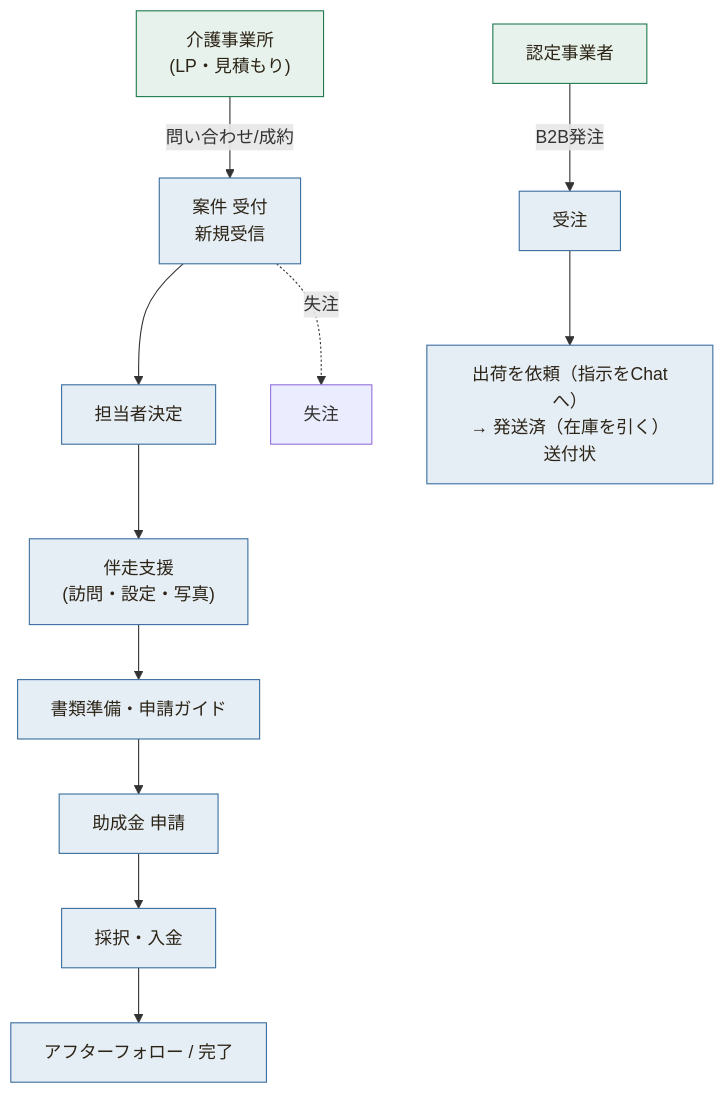
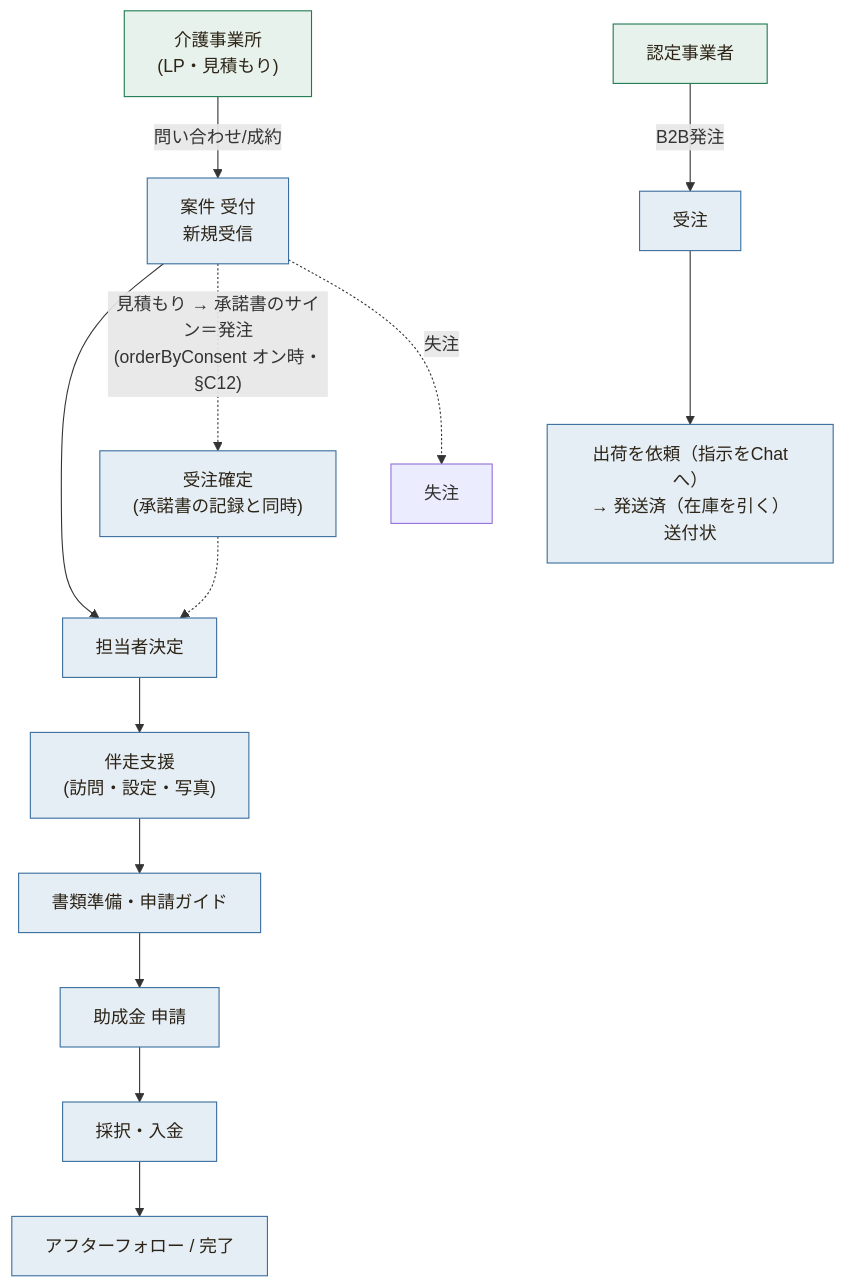
Before and after one commit to npo-tadakayo/kjk-tadakayo: the third of 8 diagrams in ENGINEERING_NOTES.md, drawn with Mermaid. The commit also changed other lines of this file and 21 other files, not shown here.

First line of the commit message:
見積もり必須・承諾書のサイン＝発注 第1段（サーバーの核・紙の承諾書の道・管理画面。スイッチ orderByConsent は既定オフ）

````diff
--- a/ENGINEERING_NOTES.md
+++ b/ENGINEERING_NOTES.md
@@ -318,16 +318,18 @@
 ```mermaid
 flowchart TD
   A["介護事業所<br/>(LP・見積もり)"] -->|問い合わせ/成約| B["案件 受付<br/>新規受信"]
   B --> C["担当者決定"]
+  B -.->|"見積もり → 承諾書のサイン＝発注<br/>(orderByConsent オン時・§C12)"| O["受注確定<br/>(承諾書の記録と同時)"]
+  O -.-> C
   C --> D["伴走支援<br/>(訪問・設定・写真)"]
   D --> E["書類準備・申請ガイド"]
   E --> F["助成金 申請"]
   F --> G["採択・入金"]
   G --> H["アフターフォロー / 完了"]
   B -.失注.-> X["失注"]
   C2["認定事業者"] -->|B2B発注| I["受注"]
   I --> J["出荷を依頼（指示をChatへ）<br/>→ 発送済（在庫を引く）<br/>送付状"]
   classDef care fill:#e8f2ec,stroke:#1F7A4F,color:#2C2416;
   classDef sys fill:#e5edf5,stroke:#3a6e9e,color:#2C2416;
-  class A,C2 care; class B,C,D,E,F,G,H,I,J sys;
+  class A,C2 care; class B,C,D,E,F,G,H,I,J,O sys;
 ```
````
